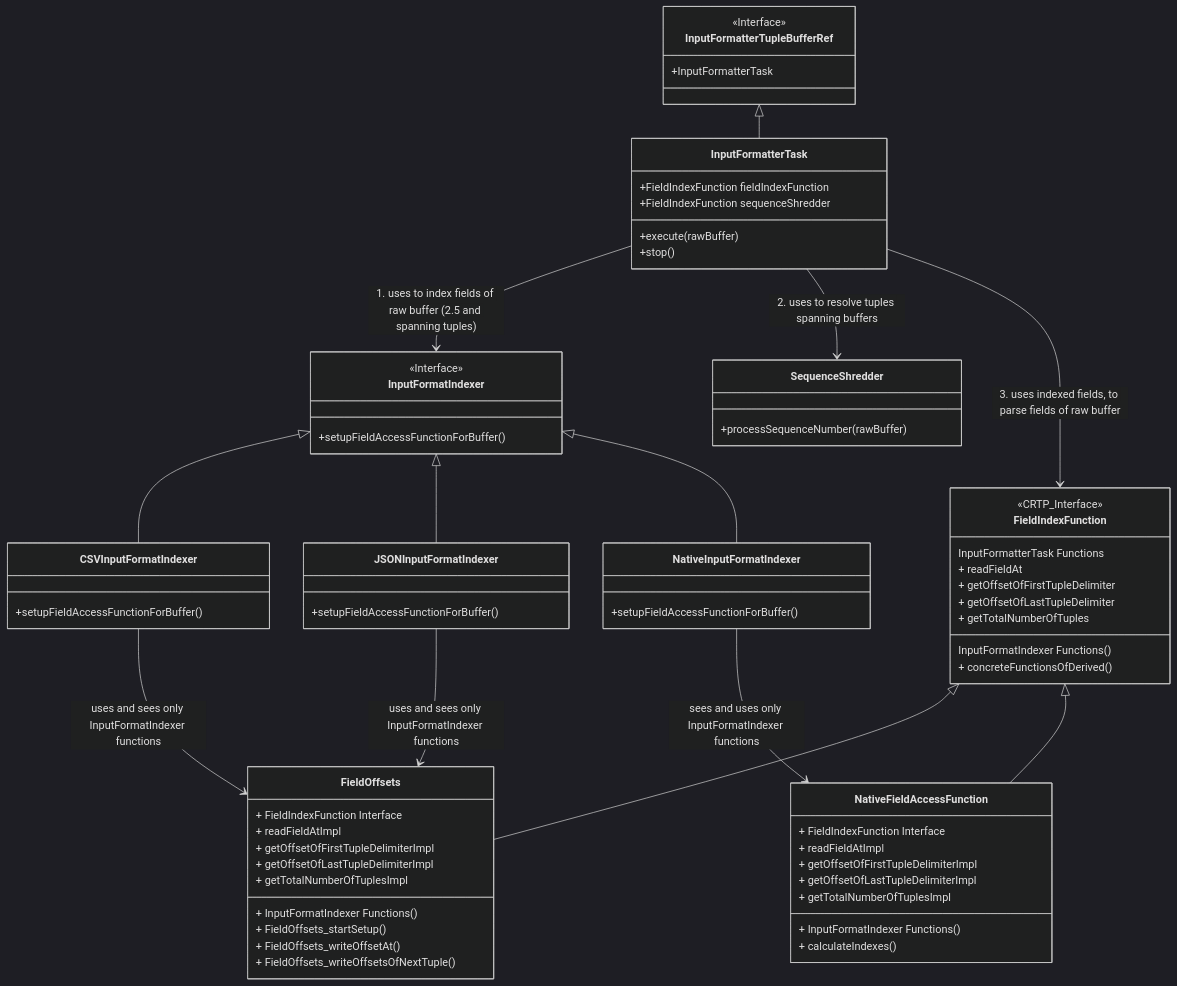
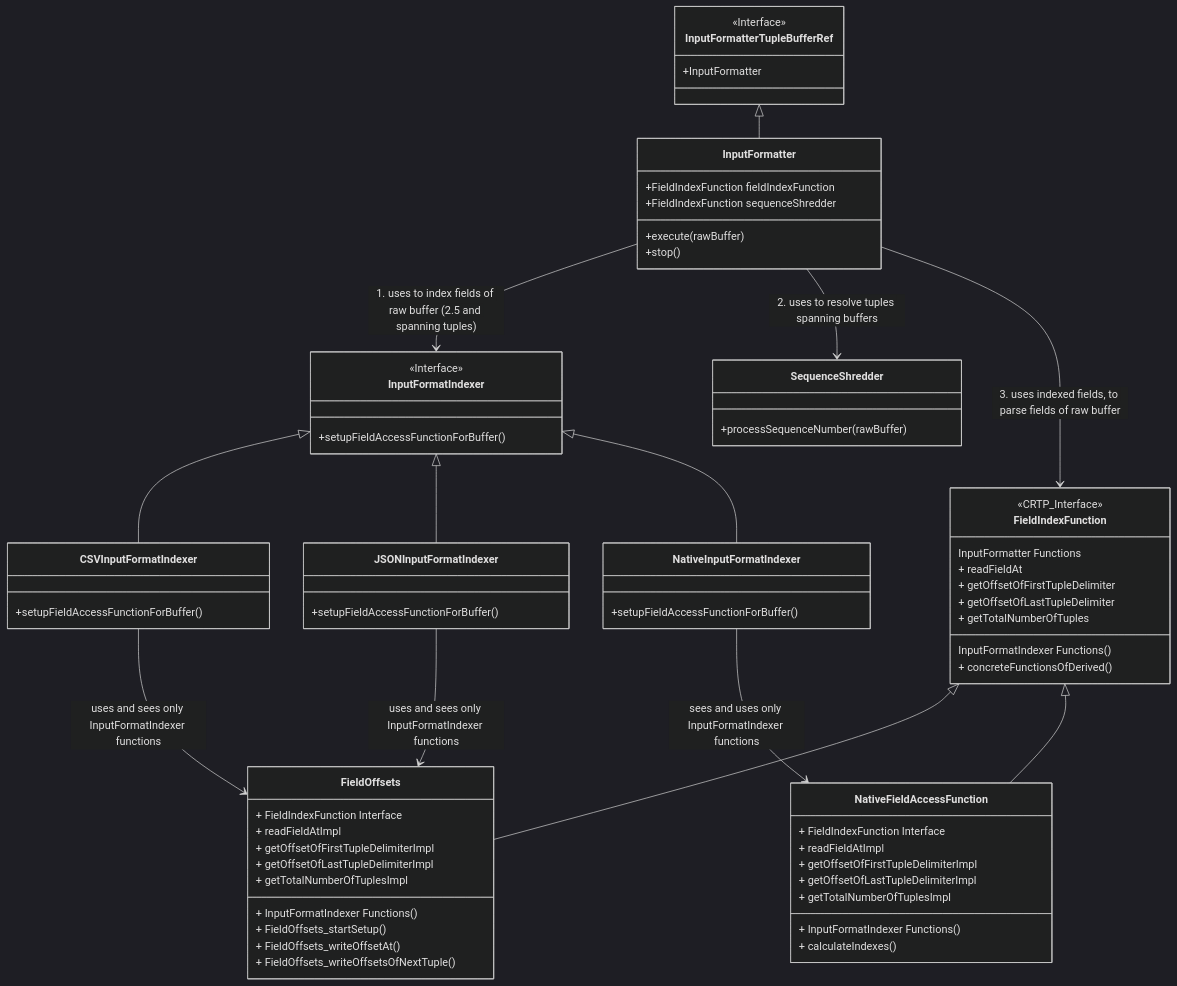
The third of 3 diagrams in nes-input-formatters/README.md (nebulastream/nebulastream), drawn with Mermaid (dark theme) before and after one commit. The commit also changed other lines of this file and 18 other files, not shown here.

Commit message:
renamed InputFormatterTask to InputFormatter

````diff
--- a/nes-input-formatters/README.md
+++ b/nes-input-formatters/README.md
@@ -170,71 +170,71 @@
 ```mermaid
 classDiagram
-    InputFormatterTupleBufferRef <|-- InputFormatterTask
-    InputFormatterTask --> InputFormatIndexer: 1. uses to index fields of raw buffer (2.5 and spanning tuples)
-    InputFormatterTask --> SequenceShredder: 2. uses to resolve tuples spanning buffers
-    InputFormatterTask --> FieldIndexFunction: 3. uses indexed fields, to parse fields of raw buffer
+    InputFormatterTupleBufferRef <|-- InputFormatter
+    InputFormatter --> InputFormatIndexer: 1. uses to index fields of raw buffer (2.5 and spanning tuples)
+    InputFormatter --> SequenceShredder: 2. uses to resolve tuples spanning buffers
+    InputFormatter --> FieldIndexFunction: 3. uses indexed fields, to parse fields of raw buffer
     CSVInputFormatIndexer --> FieldOffsets: uses and sees only InputFormatIndexer functions
     JSONInputFormatIndexer --> FieldOffsets: uses and sees only InputFormatIndexer functions
     NativeInputFormatIndexer --> NativeFieldAccessFunction: sees and uses only InputFormatIndexer functions
     FieldIndexFunction <|-- FieldOffsets
     FieldIndexFunction <|-- NativeFieldAccessFunction
     InputFormatIndexer <|-- CSVInputFormatIndexer
     InputFormatIndexer <|-- JSONInputFormatIndexer
     InputFormatIndexer <|-- NativeInputFormatIndexer
     class InputFormatterTupleBufferRef {
         <<Interface>>
-        +InputFormatterTask
+        +InputFormatter
     }
-    class InputFormatterTask {
+    class InputFormatter {
         +FieldIndexFunction fieldIndexFunction
         +FieldIndexFunction sequenceShredder
         +execute(rawBuffer)
         +stop()
     }
     class SequenceShredder {
         +processSequenceNumber(rawBuffer)
     }
     class FieldIndexFunction {
         <<CRTP_Interface>>
-        InputFormatterTask Functions
+        InputFormatter Functions
         + readFieldAt
         + getOffsetOfFirstTupleDelimiter
         + getOffsetOfLastTupleDelimiter
         + getTotalNumberOfTuples
         InputFormatIndexer Functions()
         + concreteFunctionsOfDerived()
     }
     class InputFormatIndexer {
         <<Interface>>
         +setupFieldAccessFunctionForBuffer()
     }
     class FieldOffsets {
         + FieldIndexFunction Interface
         + readFieldAtImpl
         + getOffsetOfFirstTupleDelimiterImpl
         + getOffsetOfLastTupleDelimiterImpl
         + getTotalNumberOfTuplesImpl
         + InputFormatIndexer Functions()
         + FieldOffsets_startSetup()
         + FieldOffsets_writeOffsetAt()
         + FieldOffsets_writeOffsetsOfNextTuple()
     }
     class NativeFieldAccessFunction {
         + FieldIndexFunction Interface
         + readFieldAtImpl
         + getOffsetOfFirstTupleDelimiterImpl
         + getOffsetOfLastTupleDelimiterImpl
         + getTotalNumberOfTuplesImpl
         + InputFormatIndexer Functions()
         + calculateIndexes()
     }
     class CSVInputFormatIndexer {
         +setupFieldAccessFunctionForBuffer()
     }
     class JSONInputFormatIndexer {
         +setupFieldAccessFunctionForBuffer()
     }
     class NativeInputFormatIndexer {
         +setupFieldAccessFunctionForBuffer()
     }
 ```
````
